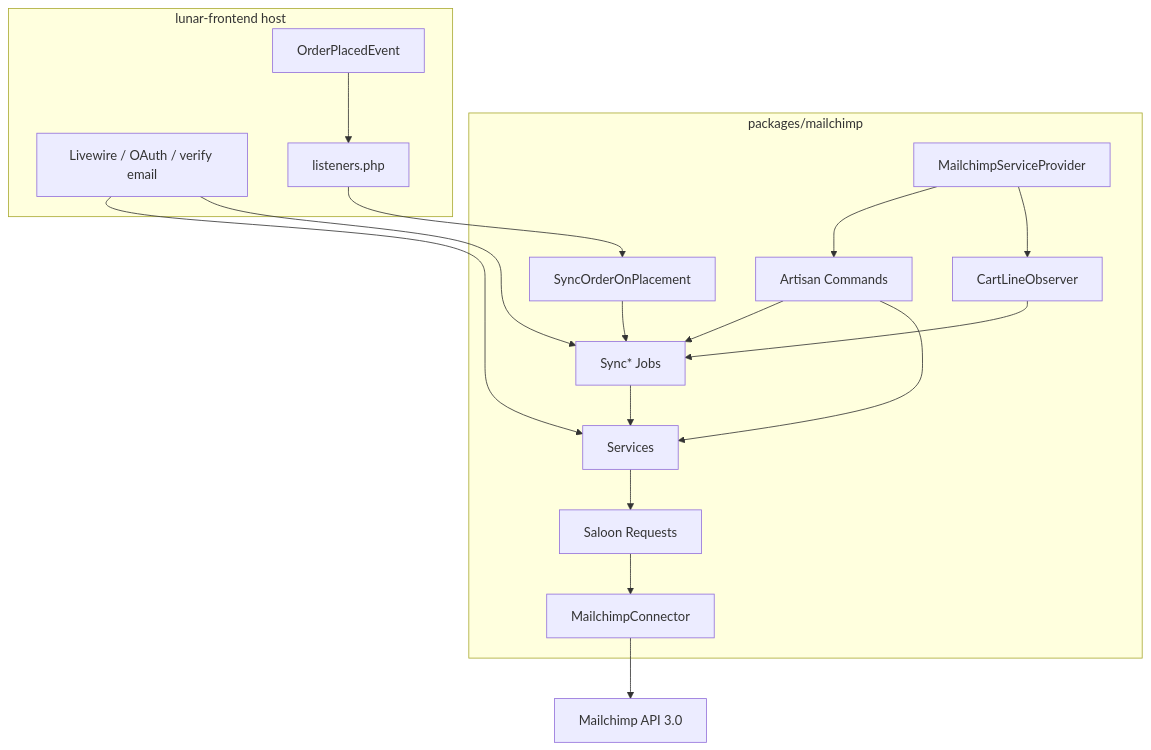
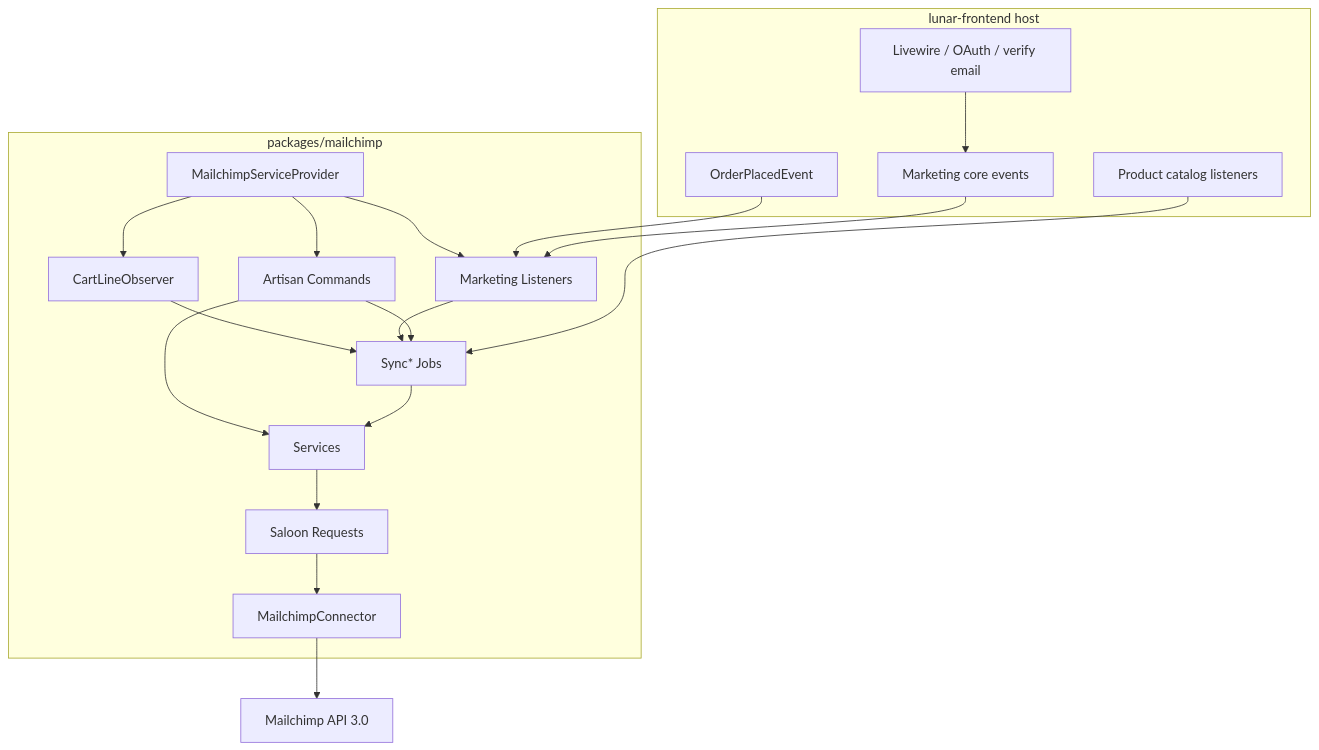
Before and after one commit to minicstudio/lunar: the second of 2 diagrams in spdd/prompt/GGQPA-XXX-202608251349-[Codify]-service-mailchimp-integration.md, drawn with Mermaid. The commit also changed other lines of this file and 31 other files, not shown here.

````diff
--- a/spdd/prompt/GGQPA-XXX-202608251349-[Codify]-service-mailchimp-integration.md
+++ b/spdd/prompt/GGQPA-XXX-202608251349-[Codify]-service-mailchimp-integration.md
@@ -221,34 +240,36 @@
 ```mermaid
 flowchart TB
     subgraph package [packages/mailchimp]
         SP[MailchimpServiceProvider]
         CLO[CartLineObserver]
-        LIS[SyncOrderOnPlacement]
+        LIS[Marketing Listeners]
         CMD[Artisan Commands]
         JOBS[Sync* Jobs]
         SVC[Services]
         REQ[Saloon Requests]
         CONN[MailchimpConnector]
         SP --> CLO
         SP --> CMD
+        SP --> LIS
         CLO --> JOBS
         LIS --> JOBS
         CMD --> SVC
         CMD --> JOBS
         JOBS --> SVC
         SVC --> REQ
         REQ --> CONN
     end
 
     subgraph host [lunar-frontend host]
         OPE[OrderPlacedEvent]
+        MKT[Marketing core events]
         LW[Livewire / OAuth / verify email]
-        LISTENERS[listeners.php]
-        OPE --> LISTENERS
-        LISTENERS --> LIS
-        LW --> JOBS
-        LW --> SVC
+        CAT[Product catalog listeners]
+        OPE --> LIS
+        MKT --> LIS
+        LW --> MKT
+        CAT --> JOBS
     end
 
     CONN --> API[Mailchimp API 3.0]
 ```
````
